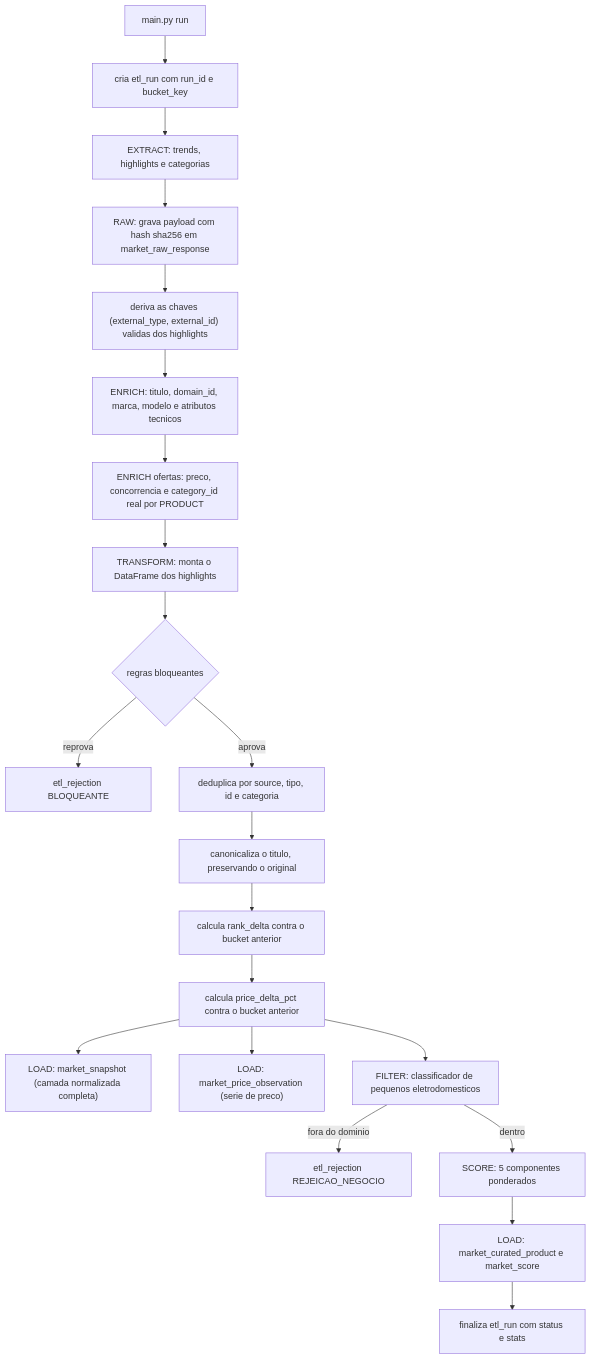
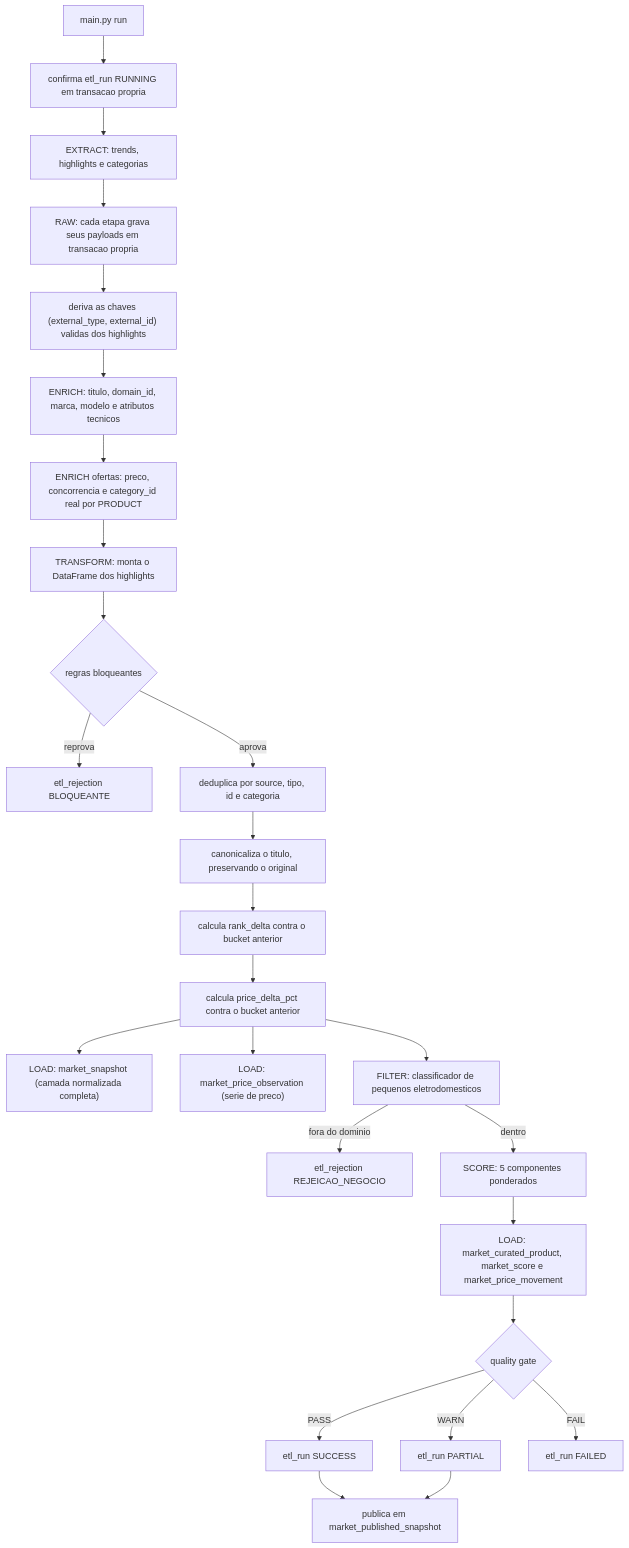
Before and after one commit to undercontroll-inc/etl: the fourth of 12 diagrams in README.md, drawn with Mermaid. The commit also changed other lines of this file and 3 other files, not shown here.

````diff
--- a/README.md
+++ b/README.md
@@ -193,28 +198,33 @@
 ```mermaid
 flowchart TD
-    Start["main.py run"] --> Run["cria etl_run com run_id e bucket_key"]
+    Start["main.py run"] --> Run["confirma etl_run RUNNING em transacao propria"]
 
     Run --> Ex["EXTRACT: trends, highlights e categorias"]
-    Ex --> RawSave["RAW: grava payload com hash sha256 em market_raw_response"]
+    Ex --> RawSave["RAW: cada etapa grava seus payloads em transacao propria"]
 
     RawSave --> Keys["deriva as chaves (external_type, external_id) validas dos highlights"]
     Keys --> En["ENRICH: titulo, domain_id, marca, modelo e atributos tecnicos"]
     En --> Off["ENRICH ofertas: preco, concorrencia e category_id real por PRODUCT"]
 
     Off --> Parse["TRANSFORM: monta o DataFrame dos highlights"]
     Parse --> Valid{"regras bloqueantes"}
     Valid -->|reprova| RejBlock["etl_rejection BLOQUEANTE"]
     Valid -->|aprova| Dedup["deduplica por source, tipo, id e categoria"]
     Dedup --> Canon["canonicaliza o titulo, preservando o original"]
     Canon --> Traj["calcula rank_delta contra o bucket anterior"]
     Traj --> Delta["calcula price_delta_pct contra o bucket anterior"]
 
     Delta --> Snap["LOAD: market_snapshot (camada normalizada completa)"]
     Delta --> Price["LOAD: market_price_observation (serie de preco)"]
     Delta --> Filt["FILTER: classificador de pequenos eletrodomesticos"]
     Filt -->|fora do dominio| RejBiz["etl_rejection REJEICAO_NEGOCIO"]
     Filt -->|dentro| Sc["SCORE: 5 componentes ponderados"]
 
-    Sc --> Curated["LOAD: market_curated_product e market_score"]
-    Curated --> Finish["finaliza etl_run com status e stats"]
+    Sc --> Curated["LOAD: market_curated_product, market_score e market_price_movement"]
+    Curated --> Gate{"quality gate"}
+    Gate -->|PASS| Ok["etl_run SUCCESS"]
+    Gate -->|WARN| Partial["etl_run PARTIAL"]
+    Gate -->|FAIL| Failed["etl_run FAILED"]
+    Ok --> Pub["publica em market_published_snapshot"]
+    Partial --> Pub
 ```
````
